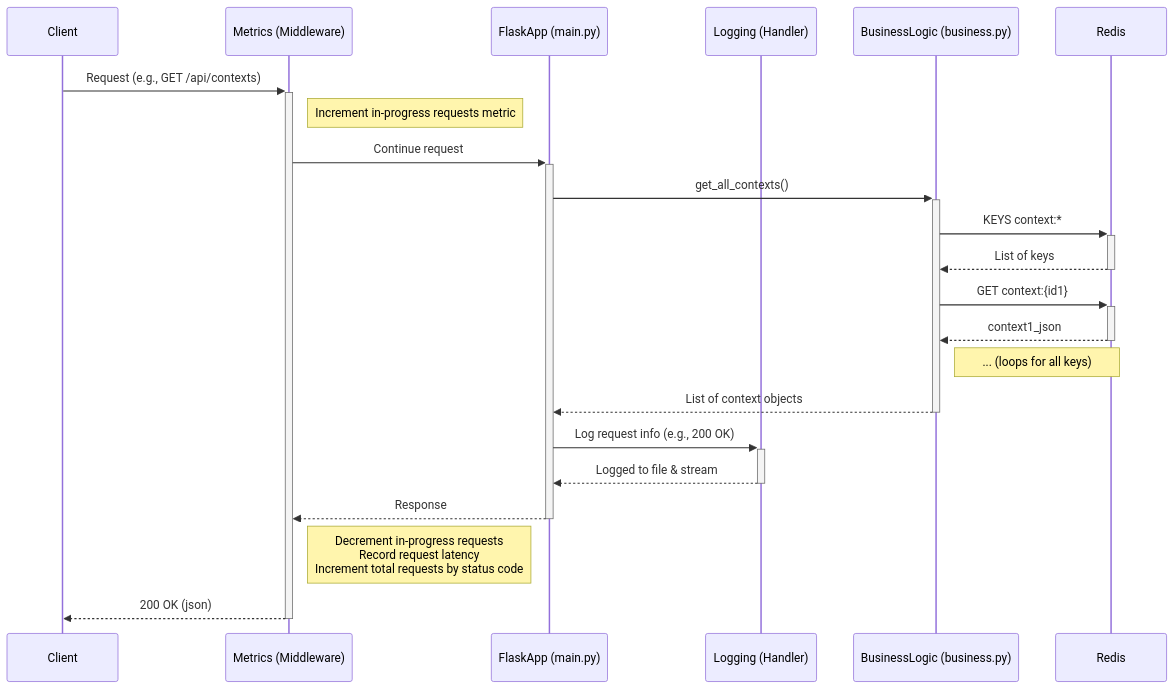
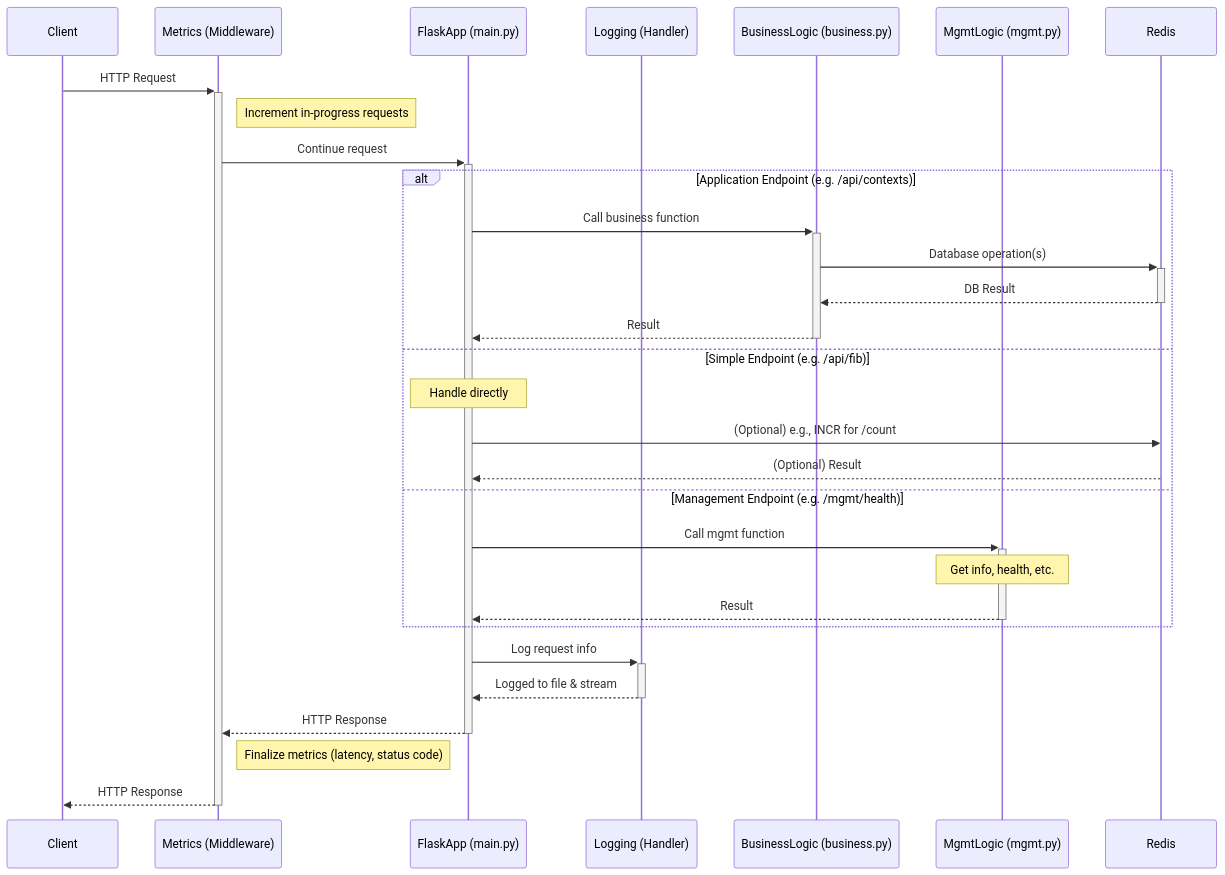
The diagram in README.md (lorenzogirardi/flask-test-api), drawn with Mermaid before and after one commit. The commit also changed other lines of this file and 1 other file, not shown here.

Commit message:
docs: Update sequence diagram to show all endpoint types

````diff
--- a/README.md
+++ b/README.md
@@ -62,28 +62,36 @@
 ```mermaid
 sequenceDiagram
     participant Client
     participant Metrics (Middleware)
     participant FlaskApp (main.py)
     participant Logging (Handler)
     participant BusinessLogic (business.py)
+    participant MgmtLogic (mgmt.py)
     participant Redis
 
-    Client->>+Metrics (Middleware): Request (e.g., GET /api/contexts)
-    note right of Metrics (Middleware): Increment in-progress requests metric
+    Client->>+Metrics (Middleware): HTTP Request
+    note right of Metrics (Middleware): Increment in-progress requests
     Metrics (Middleware)->>+FlaskApp (main.py): Continue request
 
-    FlaskApp (main.py)->>+BusinessLogic (business.py): get_all_contexts()
-    BusinessLogic (business.py)->>+Redis: KEYS context:*
-    Redis-->>-BusinessLogic (business.py): List of keys
-    BusinessLogic (business.py)->>+Redis: GET context:{id1}
-    Redis-->>-BusinessLogic (business.py): context1_json
-    note right of BusinessLogic (business.py): ... (loops for all keys)
-    BusinessLogic (business.py)-->>-FlaskApp (main.py): List of context objects
+    alt Application Endpoint (e.g. /api/contexts)
+        FlaskApp (main.py)->>+BusinessLogic (business.py): Call business function
+        BusinessLogic (business.py)->>+Redis: Database operation(s)
+        Redis-->>-BusinessLogic (business.py): DB Result
+        BusinessLogic (business.py)-->>-FlaskApp (main.py): Result
+    else Simple Endpoint (e.g. /api/fib)
+        note over FlaskApp (main.py): Handle directly
+        FlaskApp (main.py) ->> Redis: (Optional) e.g., INCR for /count
+        Redis -->> FlaskApp (main.py): (Optional) Result
+    else Management Endpoint (e.g. /mgmt/health)
+        FlaskApp (main.py)->>+MgmtLogic (mgmt.py): Call mgmt function
+        note over MgmtLogic (mgmt.py): Get info, health, etc.
+        MgmtLogic (mgmt.py)-->>-FlaskApp (main.py): Result
+    end
 
-    FlaskApp (main.py)->>+Logging (Handler): Log request info (e.g., 200 OK)
+    FlaskApp (main.py)->>+Logging (Handler): Log request info
     Logging (Handler)-->>-FlaskApp (main.py): Logged to file & stream
 
-    FlaskApp (main.py)-->>-Metrics (Middleware): Response
-    note right of Metrics (Middleware): Decrement in-progress requests<br/>Record request latency<br/>Increment total requests by status code
-    Metrics (Middleware)-->>-Client: 200 OK (json)
+    FlaskApp (main.py)-->>-Metrics (Middleware): HTTP Response
+    note right of Metrics (Middleware): Finalize metrics (latency, status code)
+    Metrics (Middleware)-->>-Client: HTTP Response
 ```
````
